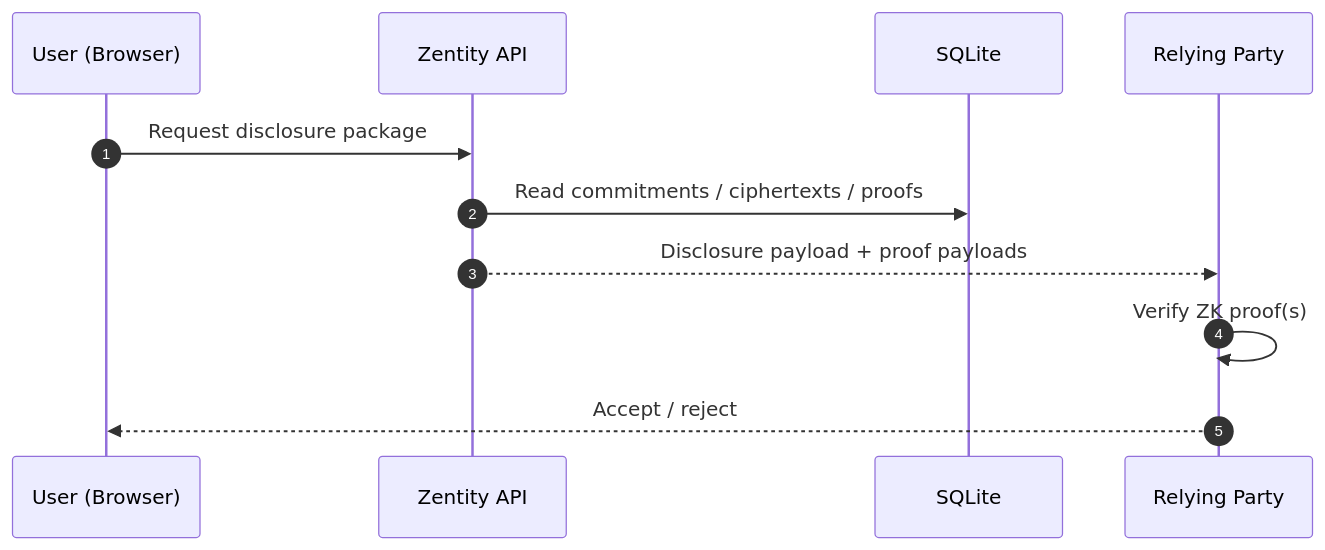
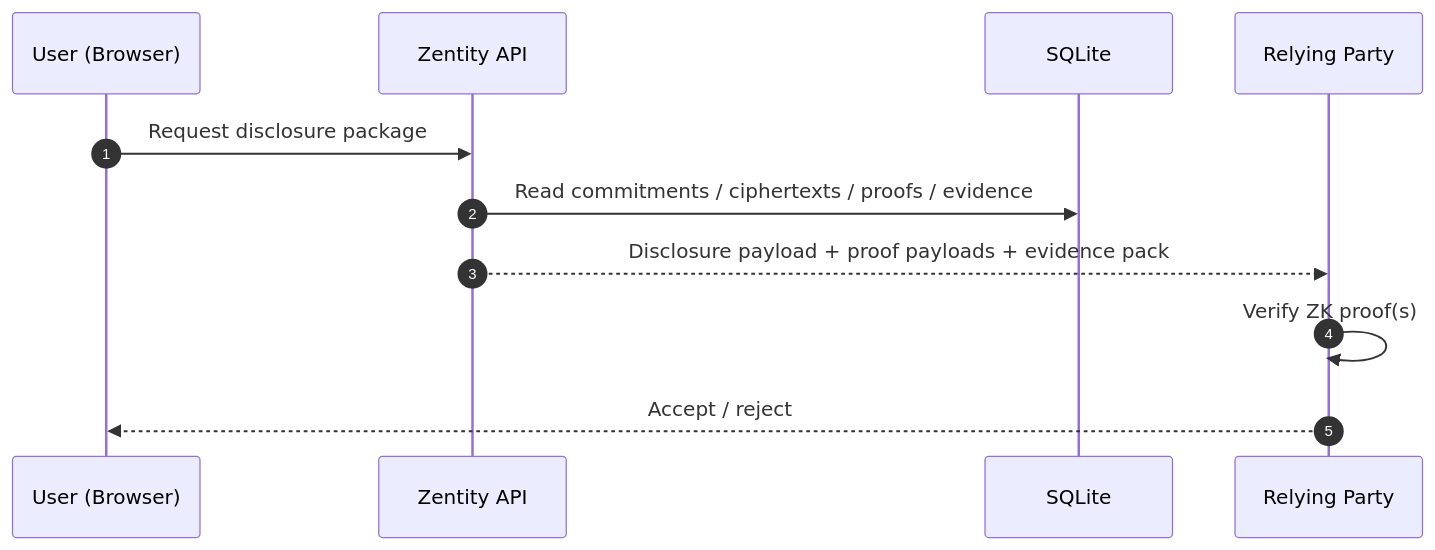
One commit to gustavovalverde/zentity changed the third of 4 diagrams in docs/architecture.md. Above: the diagram before and after it, drawn with Mermaid. The commit also changed other lines of this file and 116 other files, not shown here.

First line of the commit message:
feat(architecture): refactor zk/fhe attestation pipeline

````diff
--- a/docs/architecture.md
+++ b/docs/architecture.md
@@ -233,14 +261,14 @@
 ```mermaid
 sequenceDiagram
   autonumber
   participant UI as User (Browser)
   participant API as Zentity API
   participant DB as SQLite
   participant RP as Relying Party
 
   UI->>API: Request disclosure package
-  API->>DB: Read commitments / ciphertexts / proofs
-  API-->>RP: Disclosure payload + proof payloads
+  API->>DB: Read commitments / ciphertexts / proofs / evidence
+  API-->>RP: Disclosure payload + proof payloads + evidence pack
   RP->>RP: Verify ZK proof(s)
   RP-->>UI: Accept / reject
 ```
````
